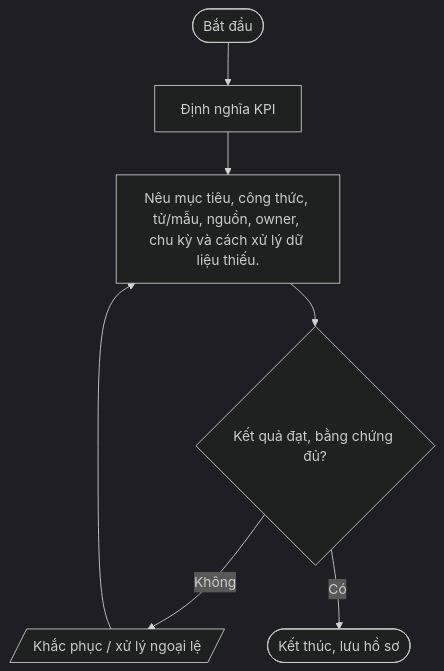
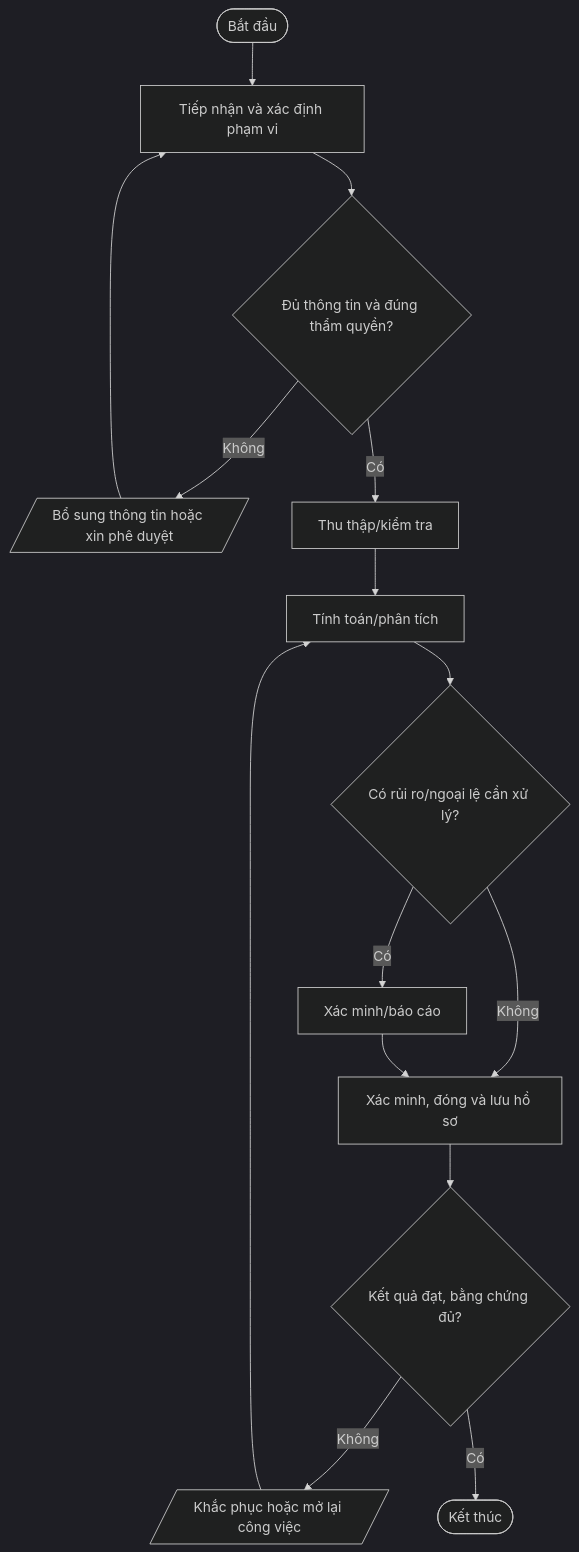
Before and after one commit to daoaigiangnam/Quy_Trinh_Chuan: the fourth of 4 diagrams in quy-trinh/06-Ket-thuc-hop-dong/README.md, drawn with Mermaid (dark theme). The commit also changed other lines of this file, not shown here.

Commit message:
docs: refine detailed procedure steps and Mermaid flowcharts

````diff
--- a/quy-trinh/06-Ket-thuc-hop-dong/README.md
+++ b/quy-trinh/06-Ket-thuc-hop-dong/README.md
@@ -257,11 +314,17 @@
 ```mermaid
 flowchart TD
-  A([Bắt đầu]) --> S1
-  S1["Định nghĩa KPI"]
-  S2["Nêu mục tiêu, công thức, tử/mẫu, nguồn, owner, chu kỳ và cách xử lý dữ liệu thiếu."]
-  S1 --> S2
-  S2 --> D2{"Kết quả đạt, bằng chứng đủ?"}
-  D2 -- Không --> REWORK[/"Khắc phục / xử lý ngoại lệ"/]
-  REWORK --> S2
-  D2 -- Có --> Z([Kết thúc, lưu hồ sơ])
+  A([Bắt đầu]) --> S1["Tiếp nhận và xác định phạm vi"]
+  S1 --> D1{"Đủ thông tin và đúng thẩm quyền?"}
+  D1 -- Không --> F1[/"Bổ sung thông tin hoặc xin phê duyệt"/]
+  F1 --> S1
+  D1 -- Có --> S2["Thu thập/kiểm tra"]
+  S2 --> S3["Tính toán/phân tích"]
+  S3 --> D2{"Có rủi ro/ngoại lệ cần xử lý?"}
+  D2 -- Có --> S4["Xác minh/báo cáo"]
+  D2 -- Không --> S5["Xác minh, đóng và lưu hồ sơ"]
+  S4 --> S5
+  S5 --> D3{"Kết quả đạt, bằng chứng đủ?"}
+  D3 -- Không --> R[/"Khắc phục hoặc mở lại công việc"/]
+  R --> S3
+  D3 -- Có --> Z([Kết thúc])
 ```
````
